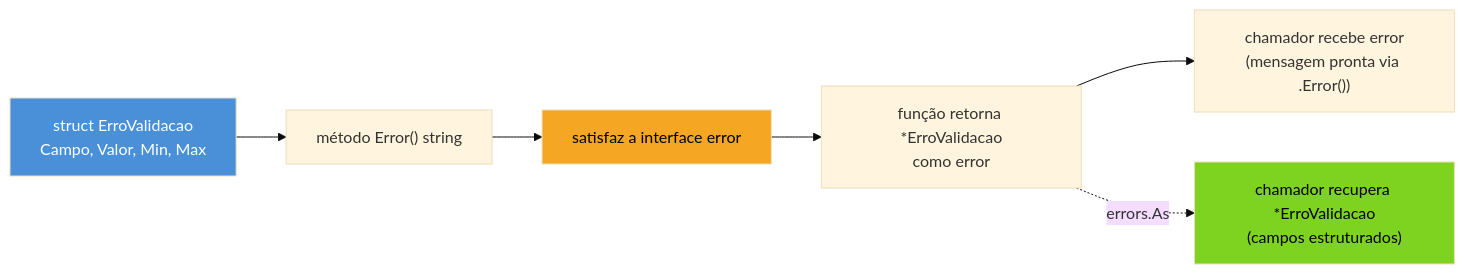
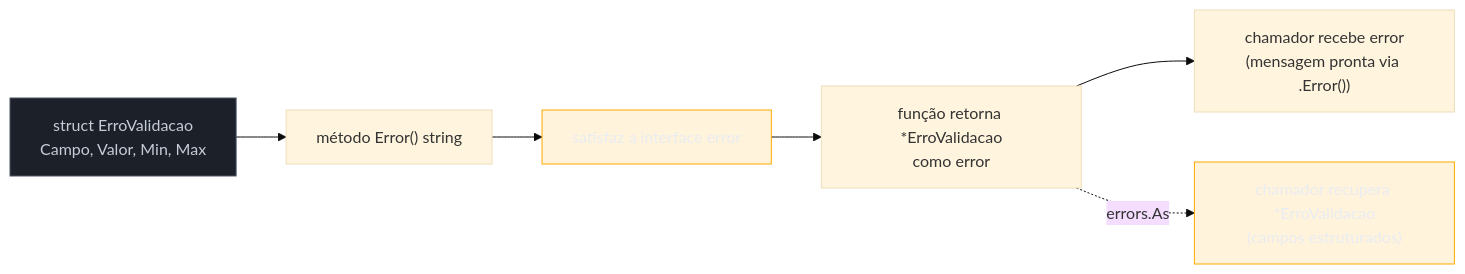
One commit to josenaldo/codex-technomanticus changed the first of 2 diagrams in 03-Dominios/Tecnologia/Go/04 - Erros como valor/04 - Erros customizados.md. Above: the diagram before and after it, drawn with Mermaid (base theme). The commit also changed 1181 other files, not shown here.

First line of the commit message:
fix(diagramas): paleta do sistema no lugar de cor cravada no markdown

````diff
--- a/03-Dominios/Tecnologia/Go/04 - Erros como valor/04 - Erros customizados.md
+++ b/03-Dominios/Tecnologia/Go/04 - Erros como valor/04 - Erros customizados.md
@@ -67,12 +67,14 @@
 ```mermaid
 flowchart LR
+    classDef neutro fill:#1B2029,stroke:#4E5666,color:#C6CCD8
+    classDef destaque fill:#FFAA0024,stroke:#FFAA00,color:#E9ECF2
     A["struct ErroValidacao\nCampo, Valor, Min, Max"] --> B["método Error() string"]
     B --> C["satisfaz a interface error"]
     C --> D["função retorna *ErroValidacao\ncomo error"]
     D --> E["chamador recebe error\n(mensagem pronta via .Error())"]
     D -.->|"errors.As"| F["chamador recupera *ErroValidacao\n(campos estruturados)"]
 
-    style A fill:#4A90D9,color:#fff
-    style C fill:#F5A623,color:#000
-    style F fill:#7ED321,color:#000
+    class A neutro
+    class C destaque
+    class F destaque
 ```
````
